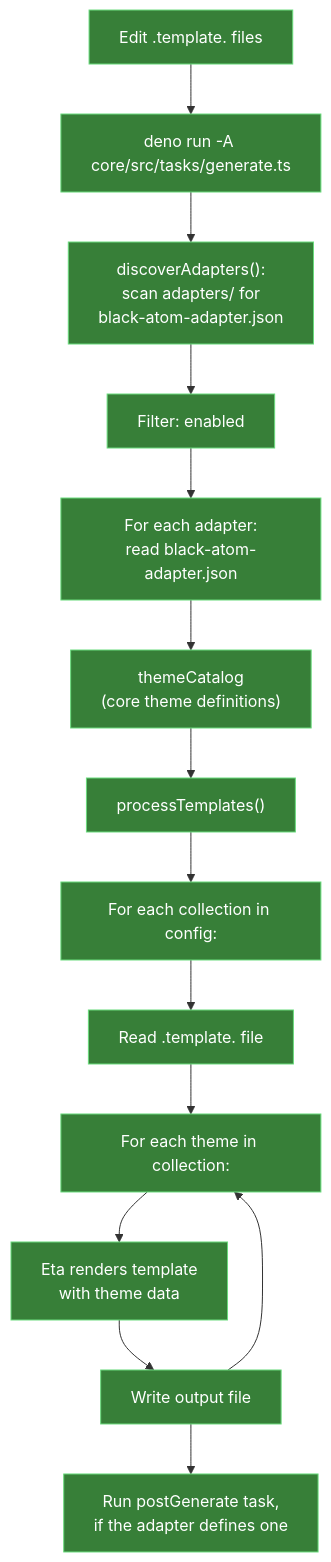
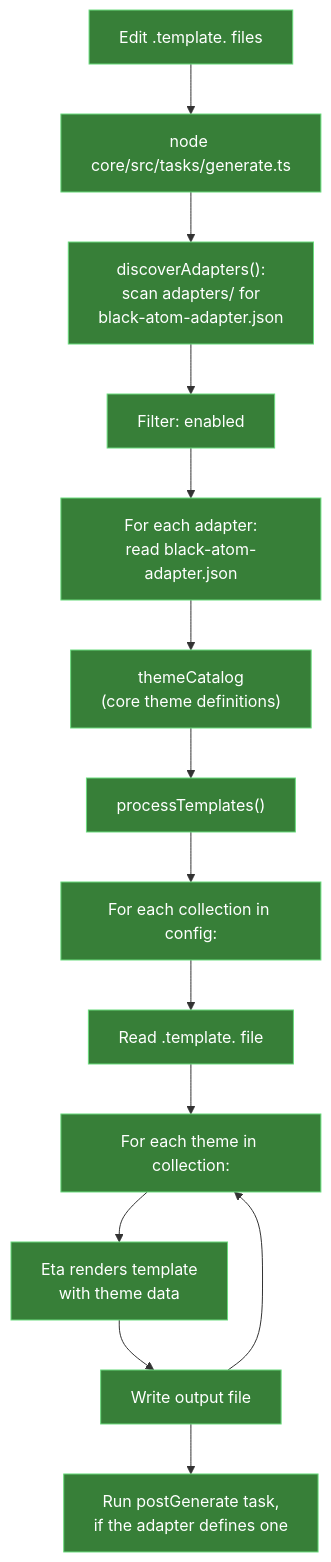
Before and after one commit to black-atom-industries/black-atom: the diagram in core/docs/adapter-generation-architecture.md, drawn with Mermaid. The commit also changed other lines of this file and 137 other files, not shown here.

First line of the commit message:
chore: run the workspace on Node and npm #22

````diff
--- a/core/docs/adapter-generation-architecture.md
+++ b/core/docs/adapter-generation-architecture.md
@@ -12,30 +12,30 @@
 ```mermaid
 flowchart TD
-    A["Edit .template. files"] --> B["deno run -A core/src/tasks/generate.ts"]
+    A["Edit .template. files"] --> B["node core/src/tasks/generate.ts"]
     B --> C["discoverAdapters():<br/>scan adapters/ for<br/>black-atom-adapter.json"]
     C --> D["Filter: enabled"]
     D --> E["For each adapter:<br/>read black-atom-adapter.json"]
     E --> F["themeCatalog<br/>(core theme definitions)"]
     F --> G["processTemplates()"]
     G --> H["For each collection in config:"]
     H --> I["Read .template. file"]
     I --> J["For each theme in collection:"]
     J --> K["Eta renders template<br/>with theme data"]
     K --> L["Write output file"]
     L --> J
     L --> M["Run postGenerate task,<br/>if the adapter defines one"]
 
     style A fill:#377f38,stroke:#69db7c,color:#fff
     style B fill:#377f38,stroke:#69db7c,color:#fff
     style C fill:#377f38,stroke:#69db7c,color:#fff
     style D fill:#377f38,stroke:#69db7c,color:#fff
     style E fill:#377f38,stroke:#69db7c,color:#fff
     style F fill:#377f38,stroke:#69db7c,color:#fff
     style G fill:#377f38,stroke:#69db7c,color:#fff
     style H fill:#377f38,stroke:#69db7c,color:#fff
     style I fill:#377f38,stroke:#69db7c,color:#fff
     style J fill:#377f38,stroke:#69db7c,color:#fff
     style K fill:#377f38,stroke:#69db7c,color:#fff
     style L fill:#377f38,stroke:#69db7c,color:#fff
     style M fill:#377f38,stroke:#69db7c,color:#fff
 ```
````
